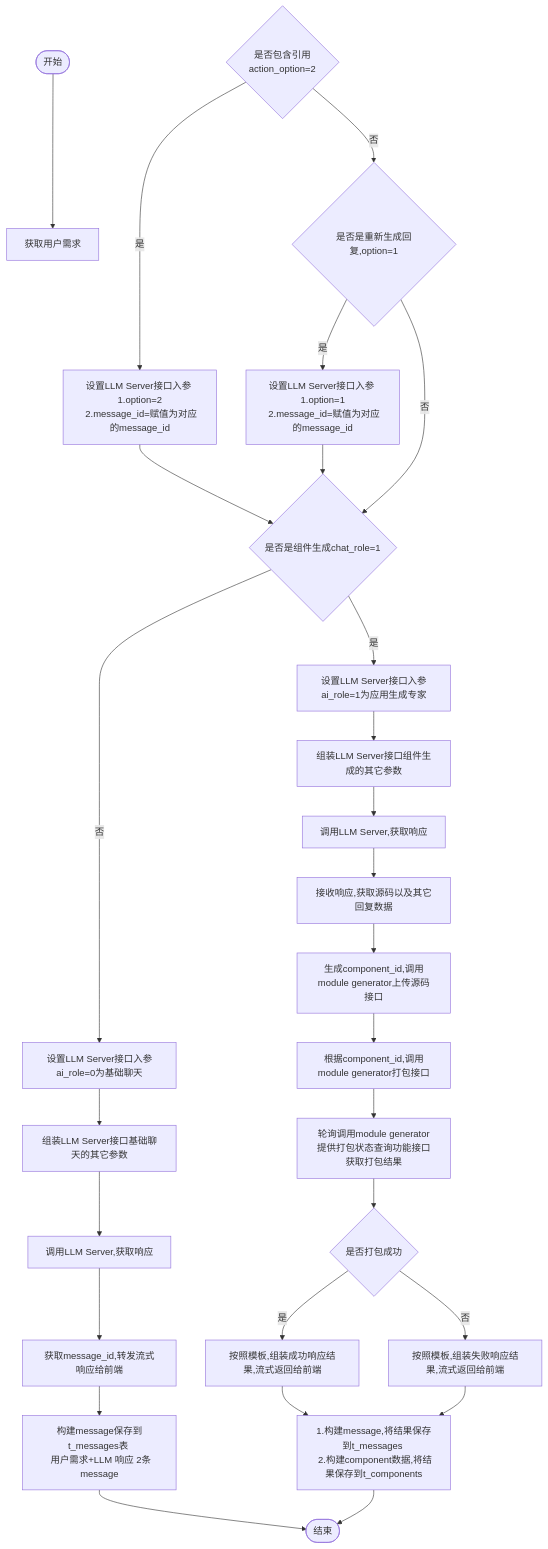
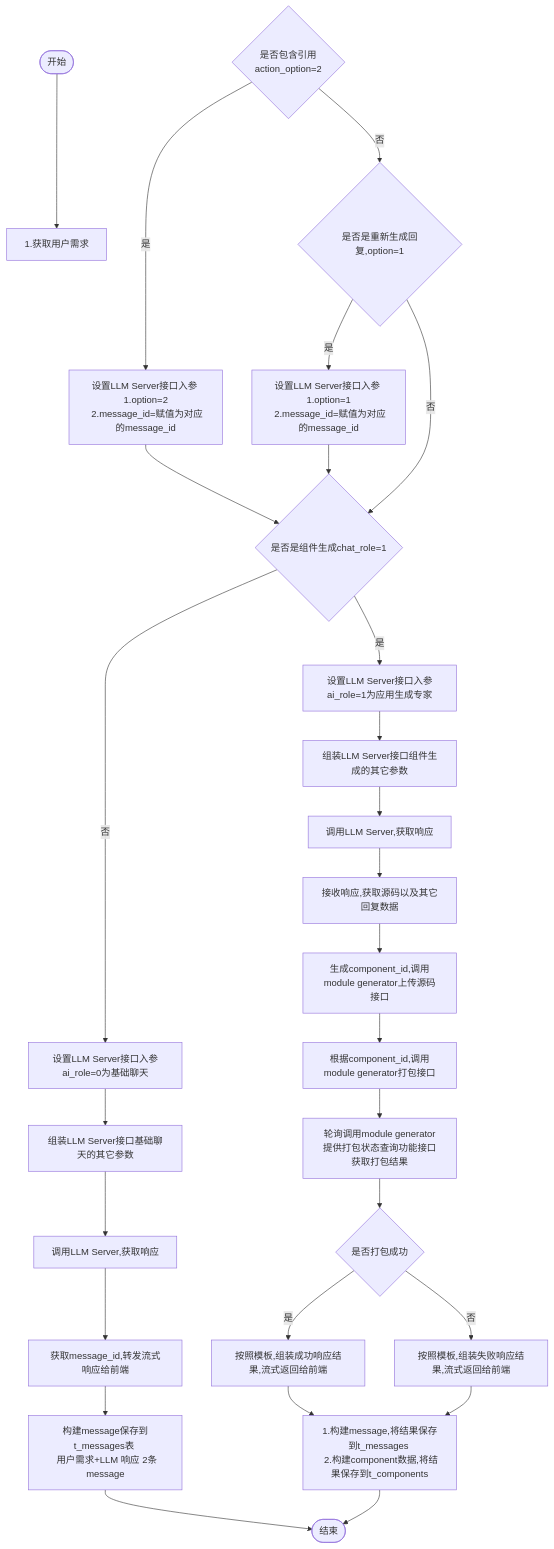
Before and after one commit to yingjianzh/iodraw-files: the diagram in all/w3-会话-不需要传递message.md, drawn with Mermaid.

Commit message:
2024-10-15 14:17:27 update

````diff
--- a/all/w3-会话-不需要传递message.md
+++ b/all/w3-会话-不需要传递message.md
@@ -1,34 +1,34 @@
 ```mermaid
 flowchart TD
-    A([开始]) --> B[获取用户需求]
+    A([开始]) --> B[1.获取用户需求]
     D{是否包含引用 \n action_option=2}
     D -- 是 --> E[设置LLM Server接口入参 \n 1.option=2 \n 2.message_id=赋值为对应的message_id]
     D -- 否 --> F{是否是重新生成回复,option=1}
     F -- 是 --> G[设置LLM Server接口入参 \n 1.option=1 \n 2.message_id=赋值为对应的message_id]
     F -- 否 --> I
      
     E & G --> I{是否是组件生成chat_role=1}
     I -- 否 --> K[设置LLM Server接口入参ai_role=0为基础聊天]
     I -- 是 --> J[设置LLM Server接口入参ai_role=1为应用生成专家]
     
 
     J --> L[组装LLM Server接口组件生成的其它参数]    
     K --> M[组装LLM Server接口基础聊天的其它参数]    
     M --> N[调用LLM Server,获取响应]    
     N --> O[获取message_id,转发流式响应给前端]
     O --> P[构建message保存到t_messages表 \n 用户需求+LLM 响应 2条message]
     P --> R([结束])
 
 
     L --> S[调用LLM Server,获取响应]
     S --> T[接收响应,获取源码以及其它回复数据]
     T --> U[生成component_id,调用module generator上传源码接口]
     U --> V[根据component_id,调用module generator打包接口]
     V --> W[轮询调用module generator提供打包状态查询功能接口获取打包结果]
     W --> X{是否打包成功}
     X -- 是 --> Y[按照模板,组装成功响应结果,流式返回给前端]
     X -- 否 --> Z[按照模板,组装失败响应结果,流式返回给前端]
 
     Y & Z --> Result[1.构建message,将结果保存到t_messages \n 2.构建component数据,将结果保存到t_components]
     Result --> R
 ```
````
